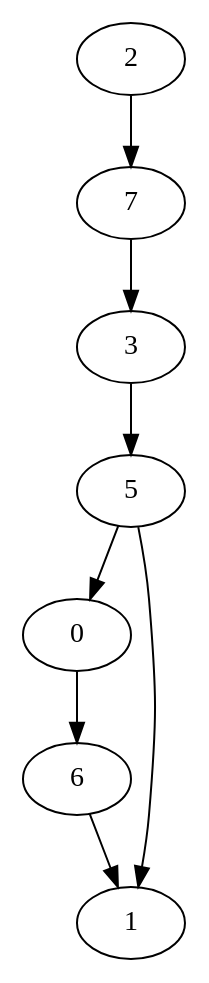
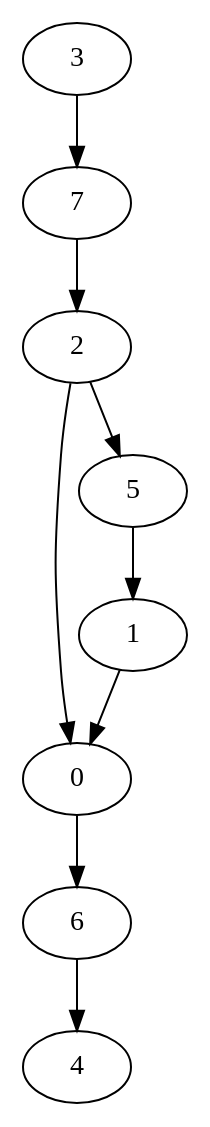
The diagram in output/infer_red.dot (MrGreyPanda/NEM-MCMC-optimization), drawn with Graphviz before and after one commit. The commit also changed 11 other files, not shown here.

```diff
--- a/output/infer_red.dot
+++ b/output/infer_red.dot
@@ -1,9 +1,10 @@
 digraph {
     0 -> 6;
-    2 -> 7;
-    3 -> 5;
-    5 -> 0;
+    1 -> 0;
+    2 -> 0;
+    2 -> 5;
+    3 -> 7;
     5 -> 1;
-    6 -> 1;
-    7 -> 3;
+    6 -> 4;
+    7 -> 2;
 }
```
